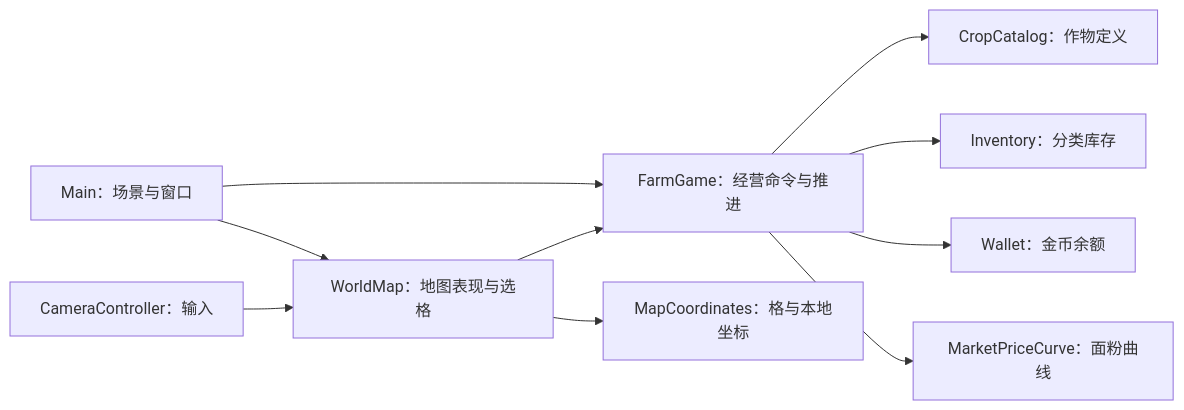
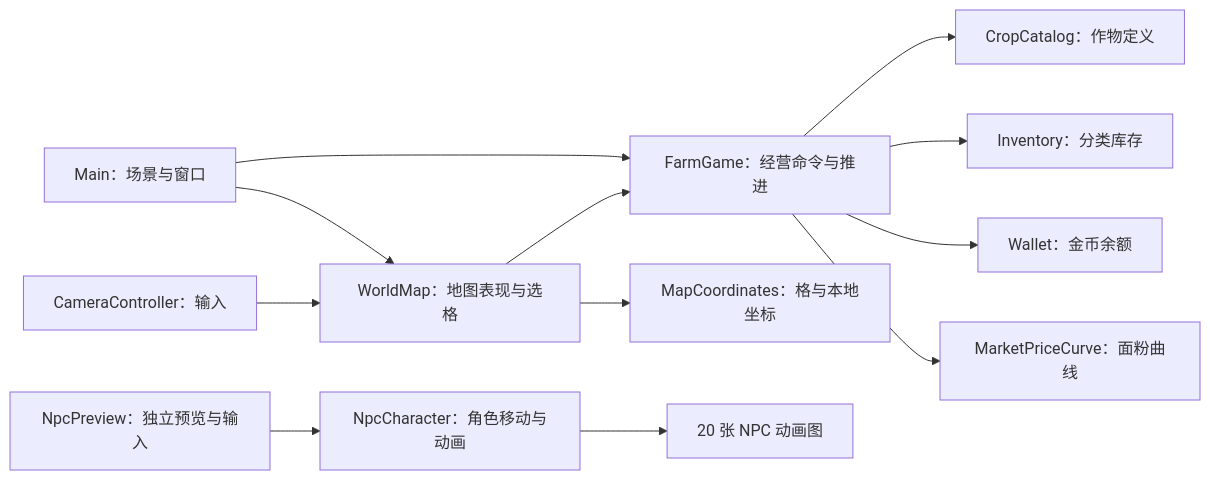
One commit to Fotally/Farm-Exchange changed the diagram in docs/architecture/implementation-system-organization.md. Above: the diagram before and after it, drawn with Mermaid. The commit also changed other lines of this file and 42 other files, not shown here.

Commit message:
feat:add-npc-animation-preview

````diff
--- a/docs/architecture/implementation-system-organization.md
+++ b/docs/architecture/implementation-system-organization.md
@@ -5,12 +5,14 @@
 ```mermaid
 flowchart LR
     Main[Main：场景与窗口] --> FarmGame[FarmGame：经营命令与推进]
     Main --> WorldMap[WorldMap：地图表现与选格]
     Camera[CameraController：输入] --> WorldMap
     WorldMap --> MapCoordinates[MapCoordinates：格与本地坐标]
     WorldMap --> FarmGame
     FarmGame --> CropCatalog[CropCatalog：作物定义]
     FarmGame --> Inventory[Inventory：分类库存]
     FarmGame --> Wallet[Wallet：金币余额]
     FarmGame --> Market[MarketPriceCurve：面粉曲线]
+    NpcPreview[NpcPreview：独立预览与输入] --> NpcCharacter[NpcCharacter：角色移动与动画]
+    NpcCharacter --> NpcSheets[20 张 NPC 动画图]
 ```
````
